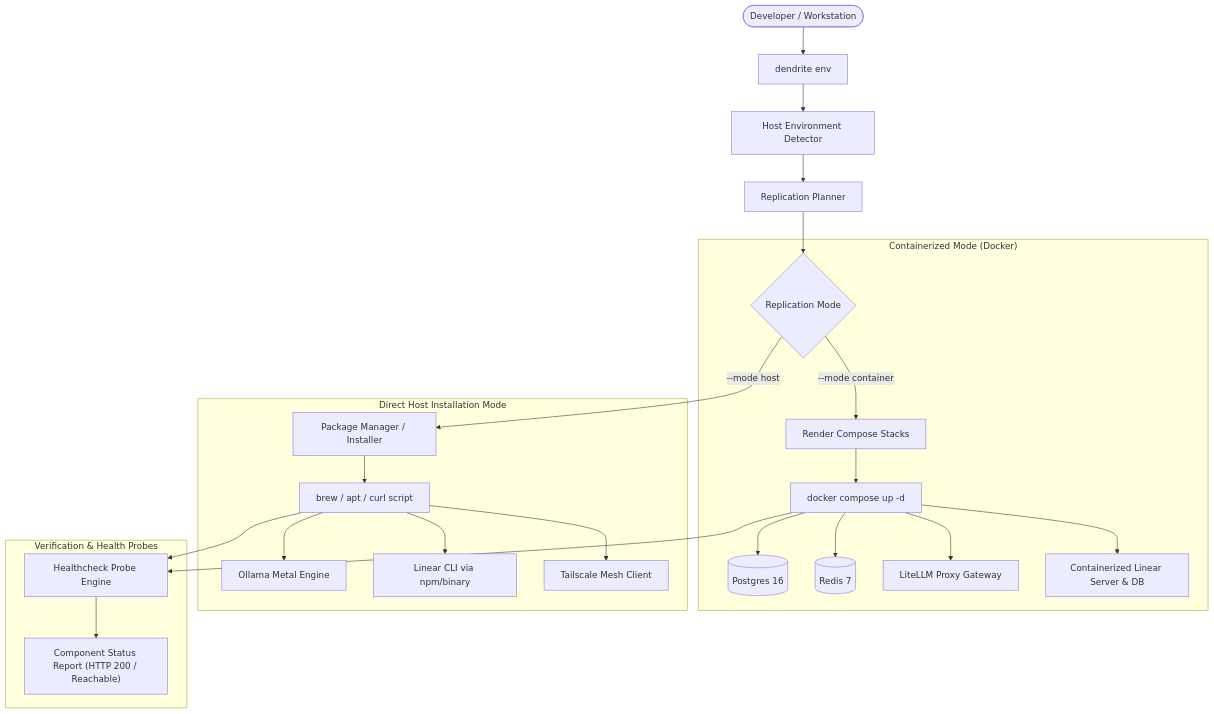
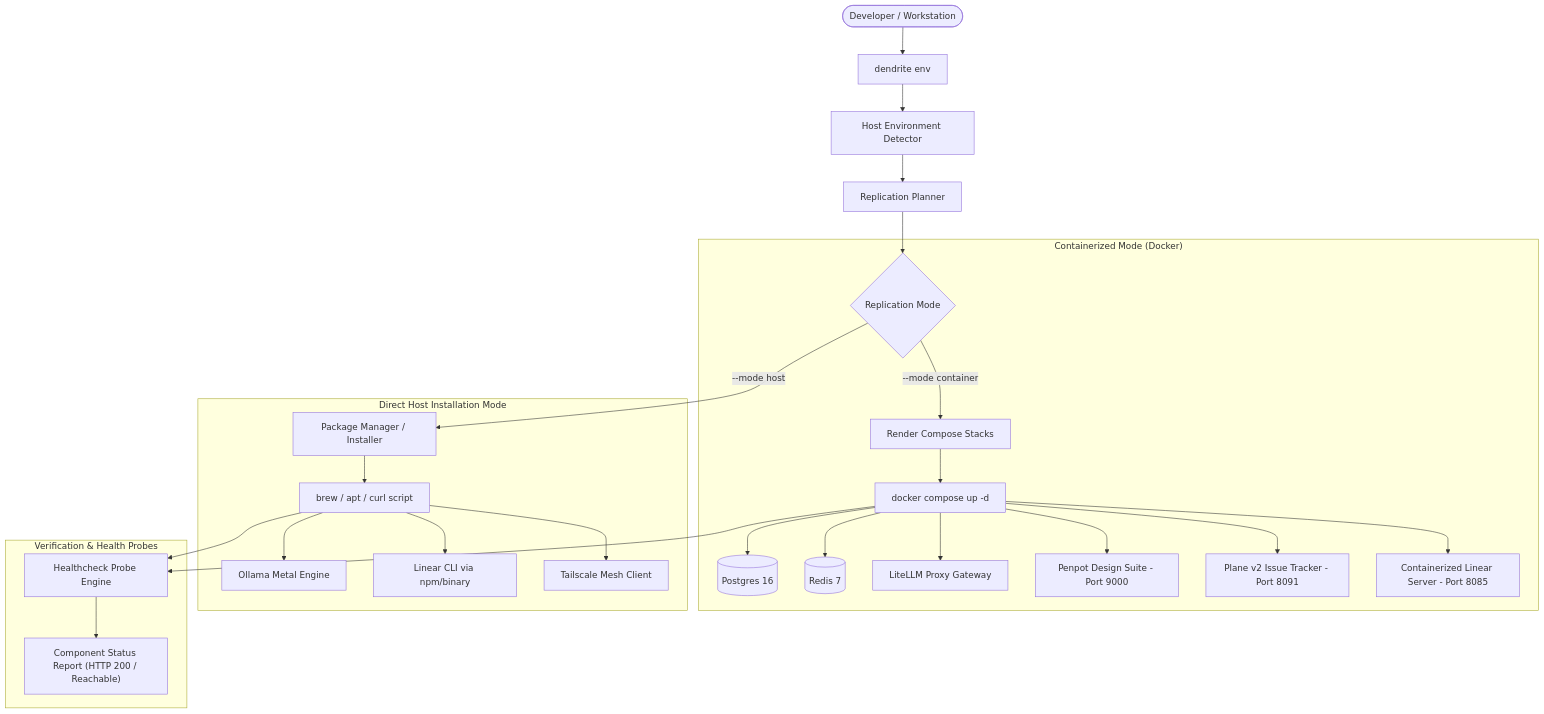
One commit to yasuomaidana/dendrite changed the diagram in docs/guides/environment-replication.md. Above: the diagram before and after it, drawn with Mermaid. The commit also changed other lines of this file and 43 other files, not shown here.

````diff
--- a/docs/guides/environment-replication.md
+++ b/docs/guides/environment-replication.md
@@ -30,32 +30,34 @@
 ```mermaid
 flowchart TD
     User([Developer / Workstation]) --> CLI["dendrite env <action>"]
     
     CLI --> Detector[Host Environment Detector]
     Detector --> Planner[Replication Planner]
     
     Planner --> Mode{Replication Mode}
     
     subgraph "Containerized Mode (Docker)"
         Mode -->|--mode container| ComposeGen[Render Compose Stacks]
         ComposeGen --> DockerRun["docker compose up -d"]
         DockerRun --> PG[(Postgres 16)]
         DockerRun --> Redis[(Redis 7)]
         DockerRun --> LiteLLM[LiteLLM Proxy Gateway]
-        DockerRun --> LinearBox[Containerized Linear Server & DB]
+        DockerRun --> PenpotBox[Penpot Design Suite - Port 9000]
+        DockerRun --> PlaneBox[Plane v2 Issue Tracker - Port 8091]
+        DockerRun --> LinearBox[Containerized Linear Server - Port 8085]
     end
 
     subgraph "Direct Host Installation Mode"
         Mode -->|--mode host| HostPkg[Package Manager / Installer]
         HostPkg --> BrewApt["brew / apt / curl script"]
         BrewApt --> NativeOllama[Ollama Metal Engine]
         BrewApt --> NativeLinear[Linear CLI via npm/binary]
         BrewApt --> NativeTailscale[Tailscale Mesh Client]
     end
 
     subgraph "Verification & Health Probes"
         DockerRun --> Prober[Healthcheck Probe Engine]
         BrewApt --> Prober
         Prober --> StatusReport["Component Status Report (HTTP 200 / Reachable)"]
     end
 ```
````
